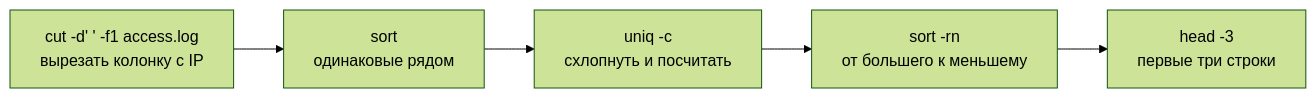
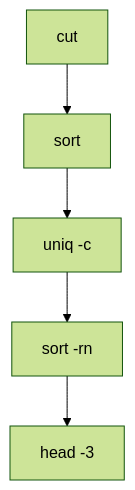
Before and after one commit to distinguished-sre/learning: the second of 2 diagrams in devops/01-linux/02-text-pipes.md, drawn with Mermaid (forest theme). The commit also changed other lines of this file and 462 other files, not shown here.

````diff
--- a/devops/01-linux/02-text-pipes.md
+++ b/devops/01-linux/02-text-pipes.md
@@ -606,4 +614,7 @@
 ```mermaid
-flowchart LR
-    A["cut -d' ' -f1 access.log<br>вырезать колонку с IP"] --> B["sort<br>одинаковые рядом"] --> C["uniq -c<br>схлопнуть и посчитать"] --> D["sort -rn<br>от большего к меньшему"] --> E["head -3<br>первые три строки"]
+flowchart TD
+    A["cut"] --> B["sort"]
+    B --> C["uniq -c"]
+    C --> D["sort -rn"]
+    D --> E["head -3"]
 ```
````
